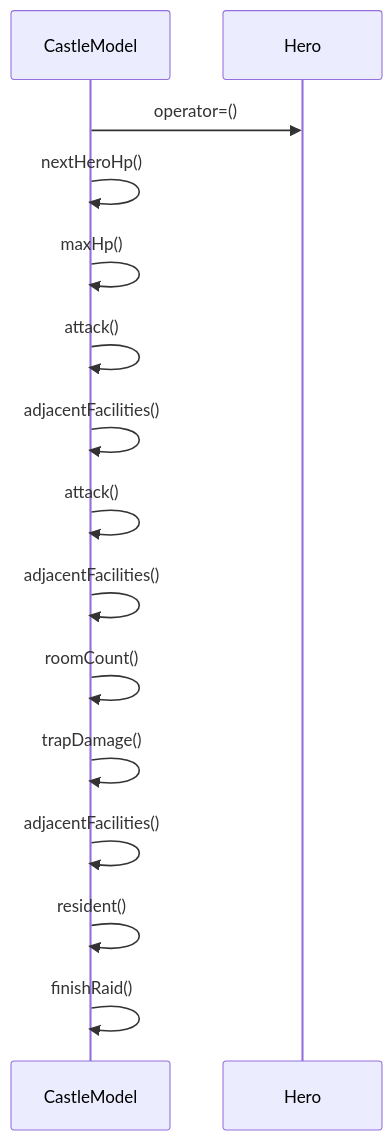
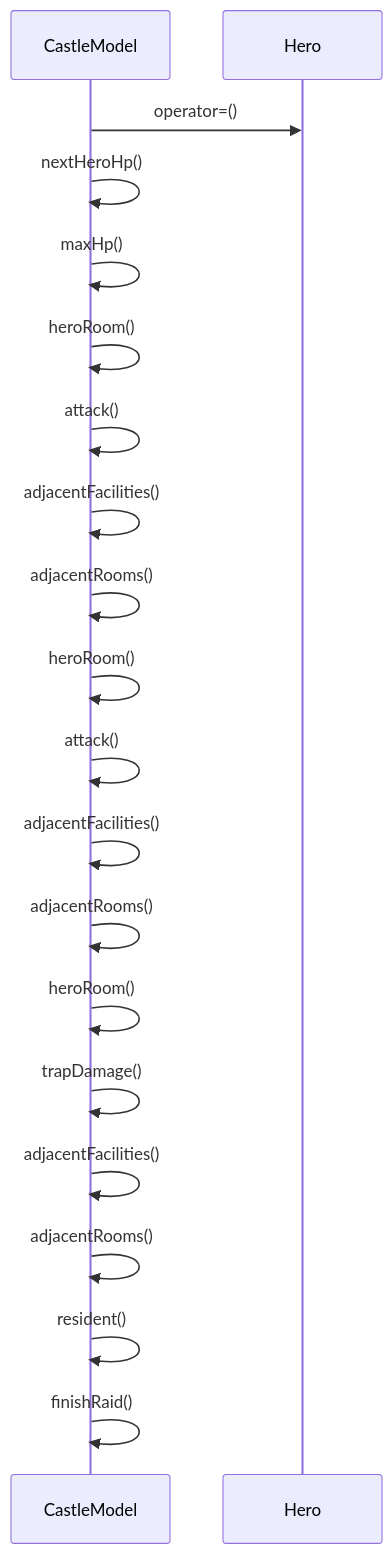
The diagram in docs/sdd/diagrams/seq_dodge_update.mmd (TTolsun/mini-game-heaven), drawn with Mermaid before and after one commit. The commit also changed 29 other files, not shown here.

```diff
--- a/docs/sdd/diagrams/seq_dodge_update.mmd
+++ b/docs/sdd/diagrams/seq_dodge_update.mmd
@@ -1,15 +1,20 @@
 sequenceDiagram
     participant CastleModel
     participant Hero
     CastleModel->>Hero: operator=()
     CastleModel->>CastleModel: nextHeroHp()
     CastleModel->>CastleModel: maxHp()
+    CastleModel->>CastleModel: heroRoom()
     CastleModel->>CastleModel: attack()
     CastleModel->>CastleModel: adjacentFacilities()
+    CastleModel->>CastleModel: adjacentRooms()
+    CastleModel->>CastleModel: heroRoom()
     CastleModel->>CastleModel: attack()
     CastleModel->>CastleModel: adjacentFacilities()
-    CastleModel->>CastleModel: roomCount()
+    CastleModel->>CastleModel: adjacentRooms()
+    CastleModel->>CastleModel: heroRoom()
     CastleModel->>CastleModel: trapDamage()
     CastleModel->>CastleModel: adjacentFacilities()
+    CastleModel->>CastleModel: adjacentRooms()
     CastleModel->>CastleModel: resident()
     CastleModel->>CastleModel: finishRaid()
```
